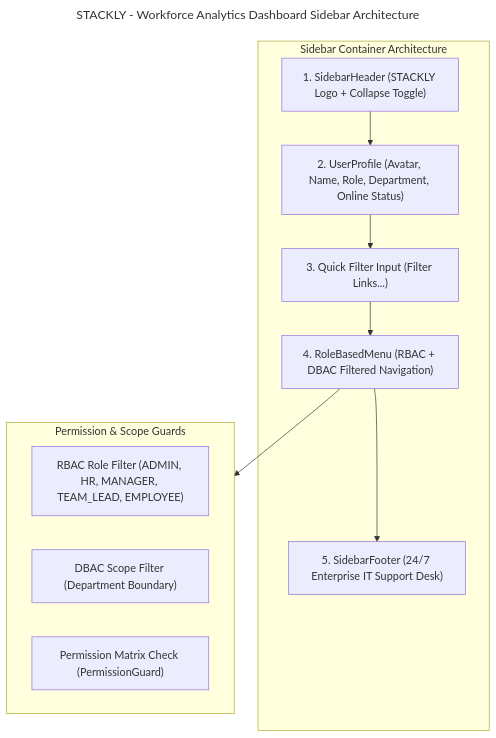
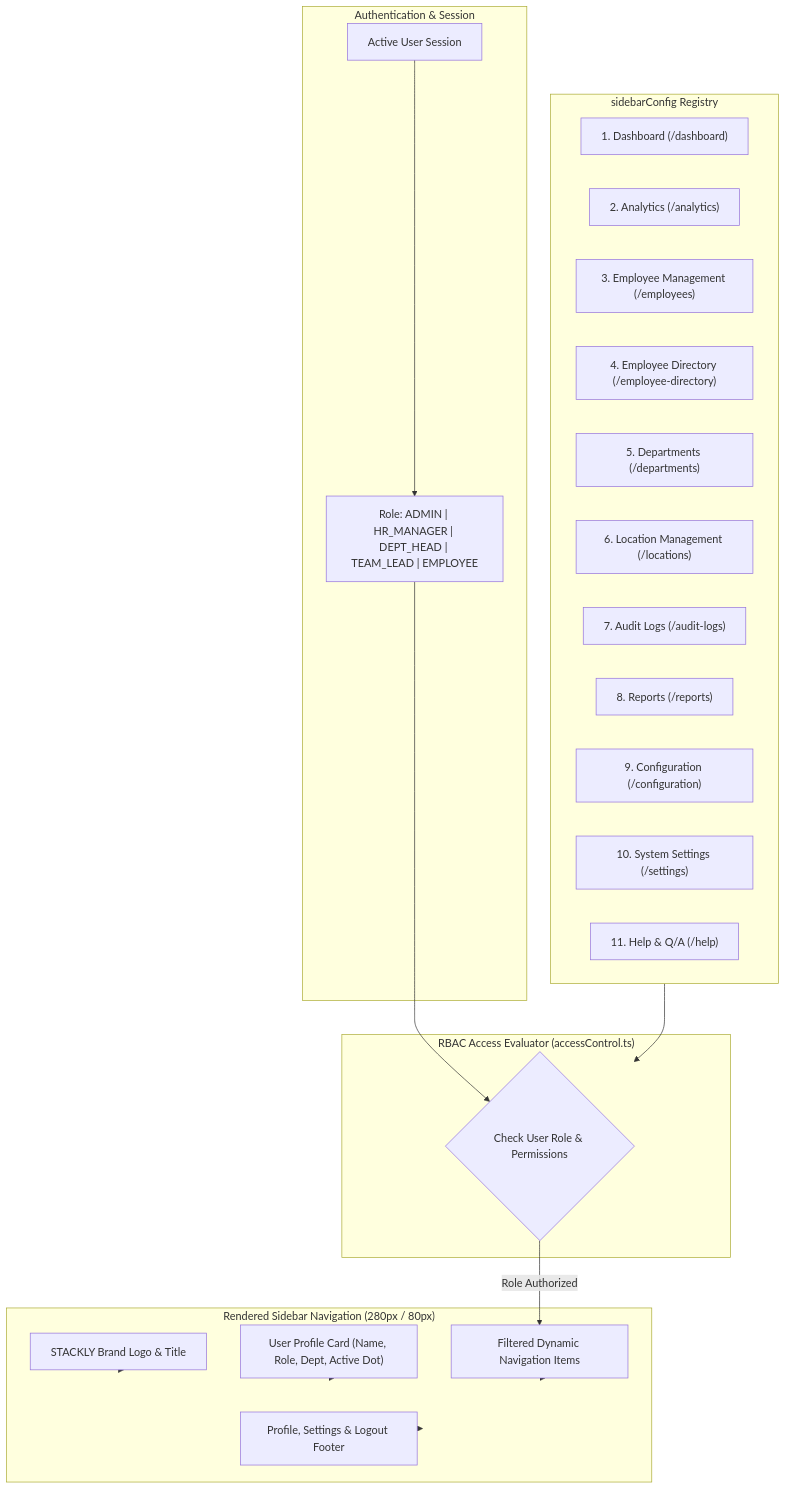
Before and after one commit to maheswari-pinneti/WFA-Rolebased-Architecture: the diagram in docs/architecture/Sidebar-Navigation-Architecture.md, drawn with Mermaid. The commit also changed other lines of this file and 8 other files, not shown here.

Commit message:
Implement enterprise sidebar architecture with 11 dynamic navigation items, submenus, RBAC access control, and user profile card

````diff
--- a/docs/architecture/Sidebar-Navigation-Architecture.md
+++ b/docs/architecture/Sidebar-Navigation-Architecture.md
@@ -9,26 +13,41 @@
 ```mermaid
----
-title: "STACKLY - Workforce Analytics Dashboard Sidebar Architecture"
----
 flowchart TD
-    subgraph LAYOUT["Sidebar Container Architecture"]
-        HEADER["1. SidebarHeader (STACKLY Logo + Collapse Toggle)"]
-        PROFILE["2. UserProfile (Avatar, Name, Role, Department, Online Status)"]
-        SEARCH["3. Quick Filter Input (Filter Links...)"]
-        MENU["4. RoleBasedMenu (RBAC + DBAC Filtered Navigation)"]
-        FOOTER["5. SidebarFooter (24/7 Enterprise IT Support Desk)"]
-
-        HEADER --> PROFILE
-        PROFILE --> SEARCH
-        SEARCH --> MENU
-        MENU --> FOOTER
+    subgraph AUTH["Authentication & Session"]
+        USER["Active User Session"]
+        ROLE["Role: ADMIN | HR_MANAGER | DEPT_HEAD | TEAM_LEAD | EMPLOYEE"]
     end
 
-    subgraph GUARDS["Permission & Scope Guards"]
-        RBAC["RBAC Role Filter (ADMIN, HR, MANAGER, TEAM_LEAD, EMPLOYEE)"]
-        DBAC["DBAC Scope Filter (Department Boundary)"]
-        PERM["Permission Matrix Check (PermissionGuard)"]
+    subgraph CONFIG["sidebarConfig Registry"]
+        I1["1. Dashboard (/dashboard)"]
+        I2["2. Analytics (/analytics)"]
+        I3["3. Employee Management (/employees)"]
+        I4["4. Employee Directory (/employee-directory)"]
+        I5["5. Departments (/departments)"]
+        I6["6. Location Management (/locations)"]
+        I7["7. Audit Logs (/audit-logs)"]
+        I8["8. Reports (/reports)"]
+        I9["9. Configuration (/configuration)"]
+        I10["10. System Settings (/settings)"]
+        I11["11. Help & Q/A (/help)"]
     end
 
-    MENU --> GUARDS
+    subgraph FILTER["RBAC Access Evaluator (accessControl.ts)"]
+        EVAL{"Check User Role & Permissions"}
+    end
+
+    subgraph VIEW["Rendered Sidebar Navigation (280px / 80px)"]
+        HEADER["STACKLY Brand Logo & Title"]
+        PROFILE["User Profile Card (Name, Role, Dept, Active Dot)"]
+        MENU["Filtered Dynamic Navigation Items"]
+        FOOTER["Profile, Settings & Logout Footer"]
+    end
+
+    USER --> ROLE
+    ROLE --> EVAL
+    CONFIG --> EVAL
+    EVAL -->|Role Authorized| MENU
+    HEADER --> VIEW
+    PROFILE --> VIEW
+    MENU --> VIEW
+    FOOTER --> VIEW
 ```
````
